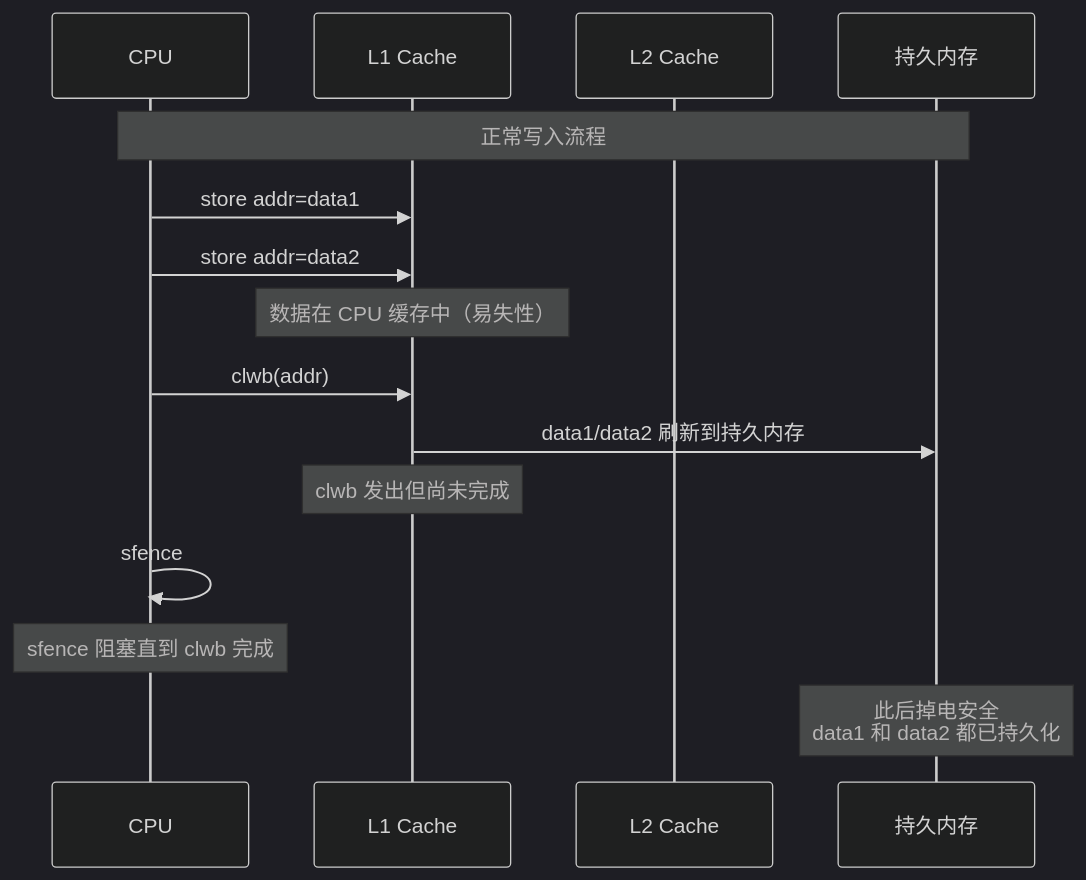
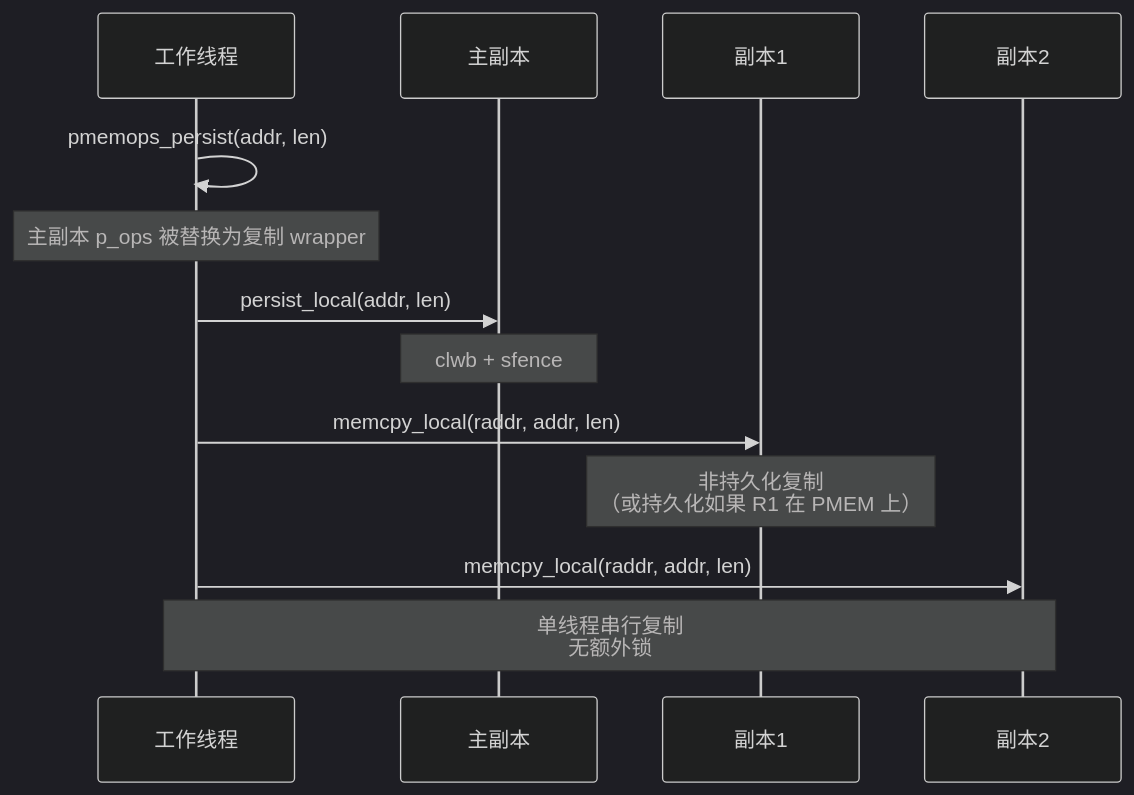
One commit to carlvinhust2012/MyStudy changed diagram 11 of 14 in Storage/daos/pmdk的一致性分析.md. Above: the diagram before and after it, drawn with Mermaid (dark theme). The commit also changed other lines of this file, not shown here.

````diff
--- a/Storage/daos/pmdk的一致性分析.md
+++ b/Storage/daos/pmdk的一致性分析.md
@@ -509,22 +590,20 @@
 ```mermaid
 sequenceDiagram
-    participant CPU as CPU
-    participant L1 as L1 Cache
-    participant L2 as L2 Cache
-    participant PMEM as 持久内存
+    participant T as 工作线程
+    participant MASTER as 主副本
+    participant R1 as 副本1
+    participant R2 as 副本2
 
-    Note over CPU,PMEM: 正常写入流程
+    T->>T: pmemops_persist(addr, len)
+    Note over T: 主副本 p_ops 被替换为复制 wrapper
 
-    CPU->>L1: store addr=data1
-    CPU->>L1: store addr=data2
-    Note over L1: 数据在 CPU 缓存中（易失性）
+    T->>MASTER: persist_local(addr, len)
+    Note over MASTER: clwb + sfence
 
-    CPU->>L1: clwb(addr)
-    L1->>PMEM: data1/data2 刷新到持久内存
-    Note over L1: clwb 发出但尚未完成
+    T->>R1: memcpy_local(raddr, addr, len)
+    Note over R1: 非持久化复制<br/>（或持久化如果 R1 在 PMEM 上）
 
-    CPU->>CPU: sfence
-    Note over CPU: sfence 阻塞直到 clwb 完成
+    T->>R2: memcpy_local(raddr, addr, len)
 
-    Note over PMEM: 此后掉电安全<br/>data1 和 data2 都已持久化
+    Note over T,R2: 单线程串行复制<br/>无额外锁
 ```
````
